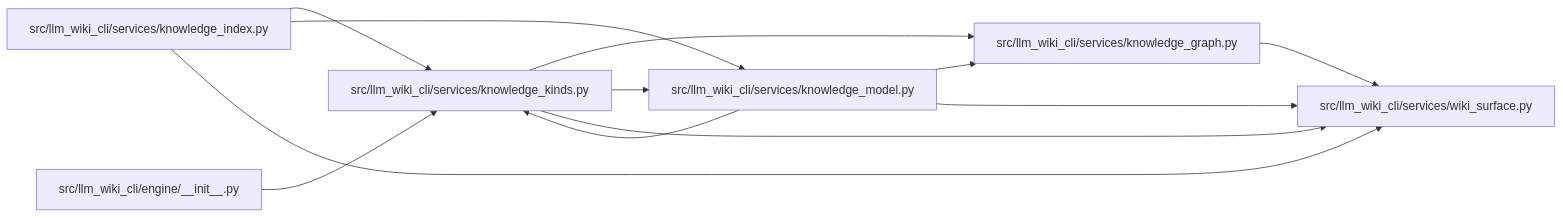
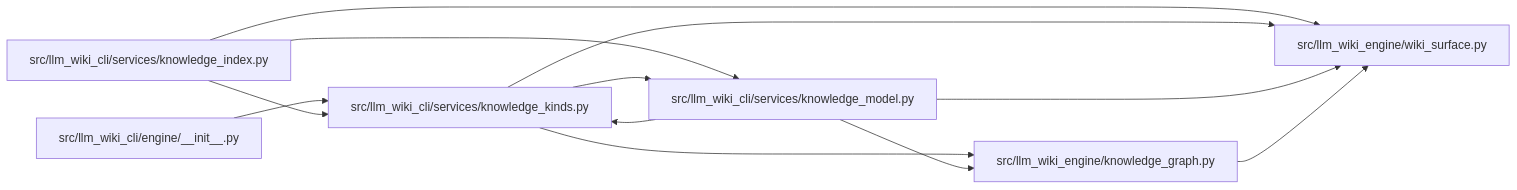
Before and after one commit to Denissvgn/python-wiki-llm: the diagram in docs/llm_wiki/modules/knowledge_kinds.md, drawn with Mermaid. The commit also changed other lines of this file and 1103 other files, not shown here.

First line of the commit message:
docs: refresh the wiki for the llm-wiki-engine distribution

````diff
--- a/docs/llm_wiki/modules/knowledge_kinds.md
+++ b/docs/llm_wiki/modules/knowledge_kinds.md
@@ -47,26 +47,26 @@
 ```mermaid
 flowchart LR
     n0["src/llm_wiki_cli/engine/__init__.py"]
-    n1["src/llm_wiki_cli/services/knowledge_graph.py"]
-    n2["src/llm_wiki_cli/services/knowledge_index.py"]
-    n3["src/llm_wiki_cli/services/knowledge_kinds.py"]
-    n4["src/llm_wiki_cli/services/knowledge_model.py"]
-    n5["src/llm_wiki_cli/services/wiki_surface.py"]
-    n0 --> n3
+    n1["src/llm_wiki_cli/services/knowledge_index.py"]
+    n2["src/llm_wiki_cli/services/knowledge_kinds.py"]
+    n3["src/llm_wiki_cli/services/knowledge_model.py"]
+    n4["src/llm_wiki_engine/knowledge_graph.py"]
+    n5["src/llm_wiki_engine/wiki_surface.py"]
+    n0 --> n2
+    n1 --> n2
+    n1 --> n3
     n1 --> n5
     n2 --> n3
     n2 --> n4
     n2 --> n5
-    n3 --> n1
+    n3 --> n2
     n3 --> n4
     n3 --> n5
-    n4 --> n1
-    n4 --> n3
     n4 --> n5
     click n0 "../modules/engine___init__.md"
-    click n1 "../modules/knowledge_graph.md"
-    click n2 "../modules/knowledge_index.md"
-    click n3 "../modules/knowledge_kinds.md"
-    click n4 "../modules/knowledge_model.md"
+    click n1 "../modules/knowledge_index.md"
+    click n2 "../modules/knowledge_kinds.md"
+    click n3 "../modules/knowledge_model.md"
+    click n4 "../modules/knowledge_graph.md"
     click n5 "../modules/wiki_surface.md"
 ```
````
